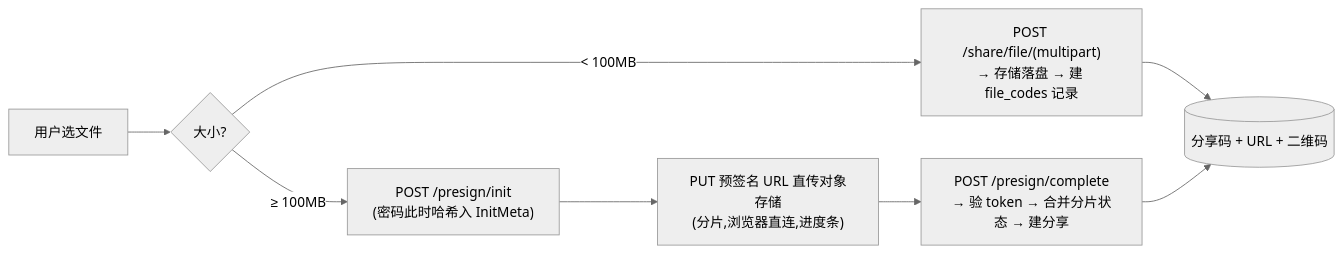
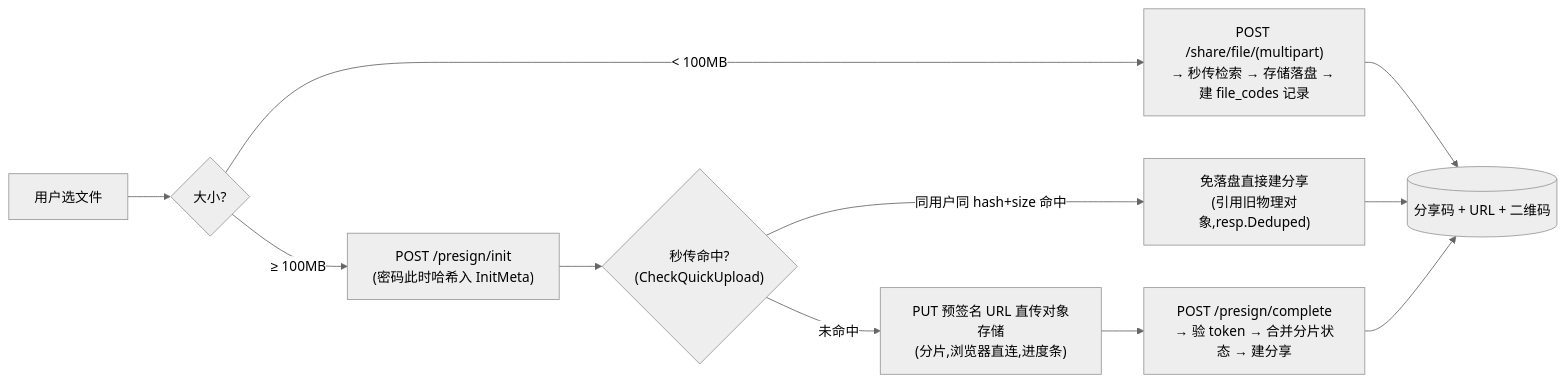
The fifth of 10 diagrams in docs/architecture.md (pigeonbox/pigeonbox), drawn with Mermaid (neutral theme) before and after one commit. The commit also changed other lines of this file and 12 other files, not shown here.

````diff
--- a/docs/architecture.md
+++ b/docs/architecture.md
@@ -216,10 +220,13 @@
 ```mermaid
 flowchart LR
     A[用户选文件] --> B{大小?}
-    B -->|"< 100MB"| C["POST /share/file/(multipart)<br/>→ 存储落盘 → 建 file_codes 记录"]
+    B -->|"< 100MB"| C["POST /share/file/(multipart)<br/>→ 秒传检索 → 存储落盘 → 建 file_codes 记录"]
     B -->|"≥ 100MB"| D["POST /presign/init<br/>(密码此时哈希入 InitMeta)"]
-    D --> E["PUT 预签名 URL 直传对象存储<br/>(分片,浏览器直连,进度条)"]
+    D --> D2{"秒传命中?<br/>(CheckQuickUpload)"}
+    D2 -->|"同用户同 hash+size 命中"| D3["免落盘直接建分享<br/>(引用旧物理对象,resp.Deduped)"]
+    D2 -->|未命中| E["PUT 预签名 URL 直传对象存储<br/>(分片,浏览器直连,进度条)"]
     E --> F["POST /presign/complete<br/>→ 验 token → 合并分片状态 → 建分享"]
     C --> G[("分享码 + URL + 二维码")]
+    D3 --> G
     F --> G
 ```
````
